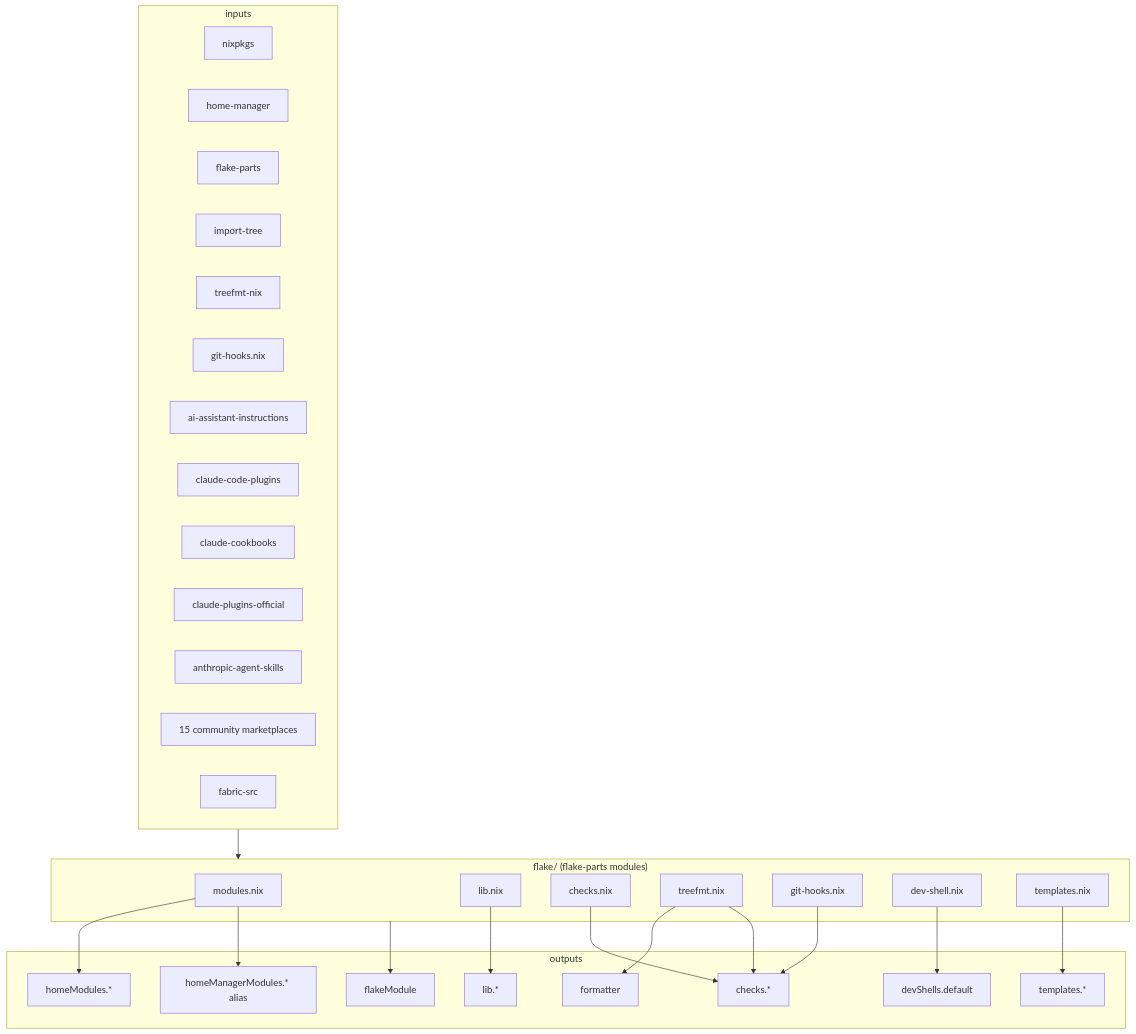
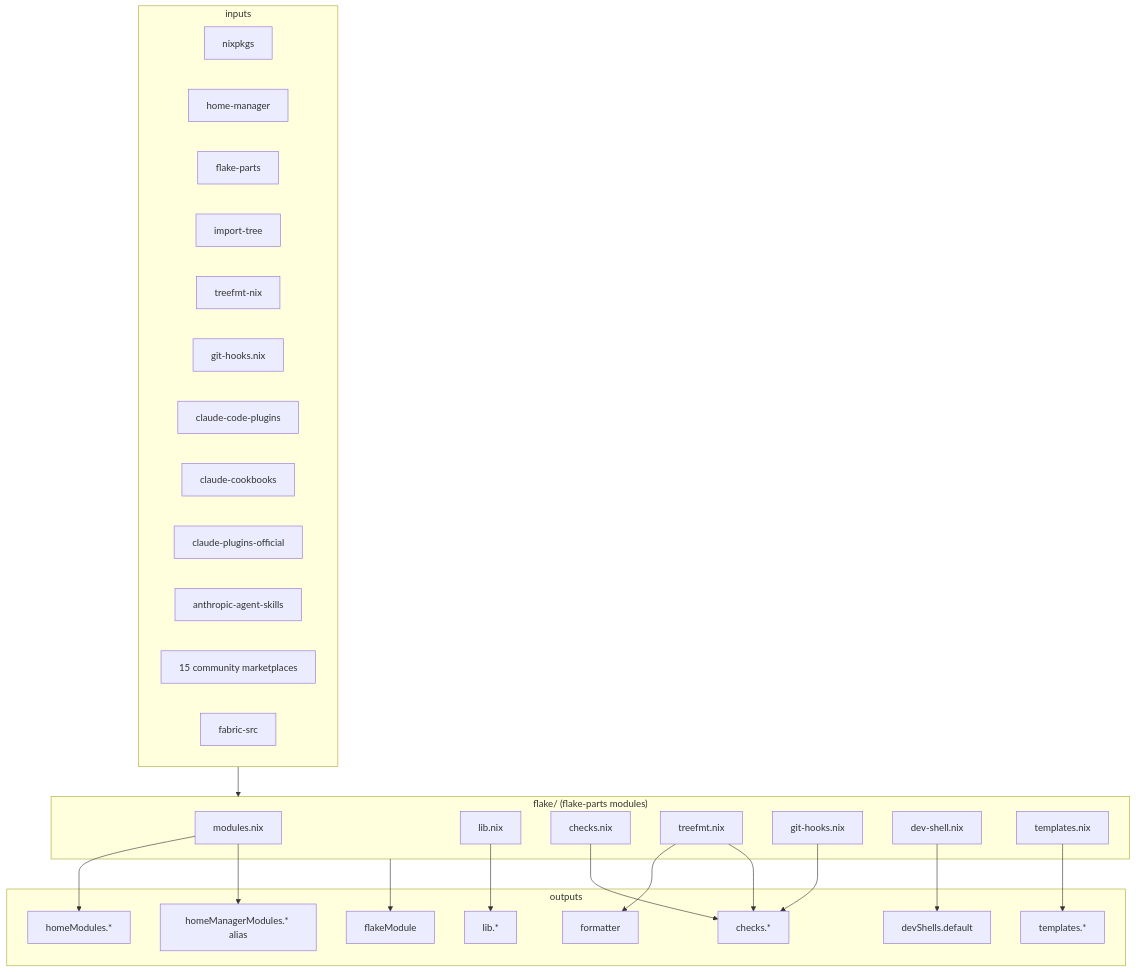
Before and after one commit to dryvist/nix-claude-code: the first of 2 diagrams in docs/architecture.md, drawn with Mermaid. The commit also changed other lines of this file and 5 other files, not shown here.

First line of the commit message:
fix(flake): drop the unused ai-assistant-instructions input (#399)

````diff
--- a/docs/architecture.md
+++ b/docs/architecture.md
@@ -5,51 +5,50 @@
 ```mermaid
 flowchart TB
     subgraph inputs
         N[nixpkgs]
         HM[home-manager]
         FP[flake-parts]
         IT[import-tree]
         TF[treefmt-nix]
         GH[git-hooks.nix]
-        AAI[ai-assistant-instructions]
         CCP[claude-code-plugins]
         CCK[claude-cookbooks]
         CPO[claude-plugins-official]
         AAS[anthropic-agent-skills]
         MK[15 community marketplaces]
         FS[fabric-src]
     end
 
     subgraph flake_parts ["flake/ (flake-parts modules)"]
         FM[modules.nix]
         FL[lib.nix]
         FC[checks.nix]
         FT[treefmt.nix]
         FGH[git-hooks.nix]
         FDS[dev-shell.nix]
         FTP[templates.nix]
     end
 
     subgraph outputs
         HMM[homeModules.*]
         HMMa[homeManagerModules.* alias]
         LIB[lib.*]
         FLM[flakeModule]
         CHK[checks.*]
         FMT[formatter]
         DS[devShells.default]
         TPL[templates.*]
     end
 
     inputs --> flake_parts
     FM --> HMM
     FM --> HMMa
     FL --> LIB
     FC --> CHK
     FT --> FMT
     FT --> CHK
     FGH --> CHK
     FDS --> DS
     FTP --> TPL
     flake_parts --> FLM
 ```
````
